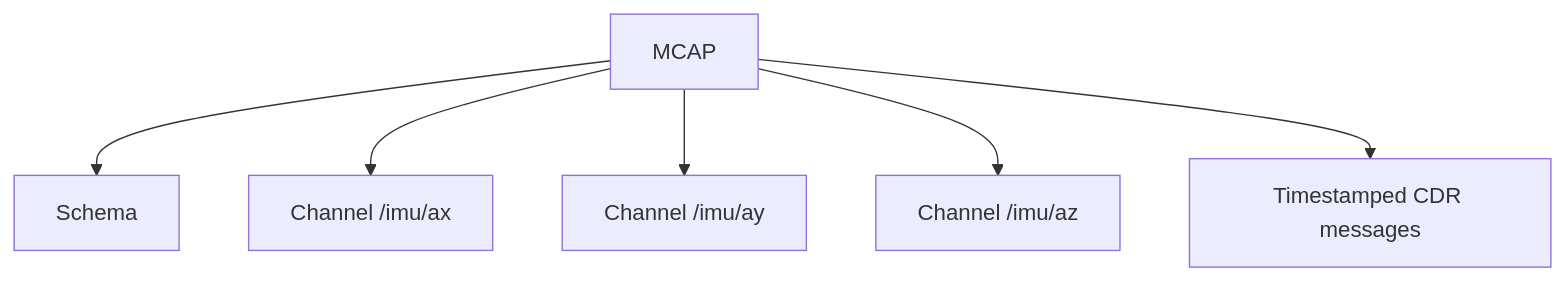
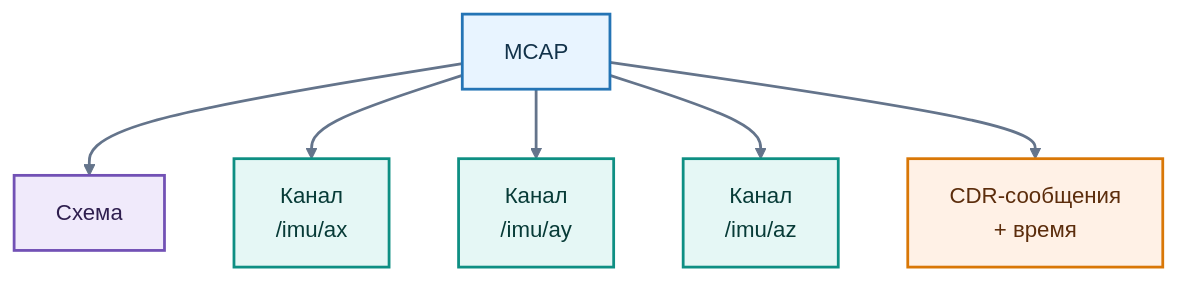
The seventh of 13 diagrams in 2026/lectures/lecture_03_robotics_iot_big_data.md (BosenkoTM/Big-data-processing-methods), drawn with Mermaid before and after one commit. The commit also changed other lines of this file, not shown here.

````diff
--- a/2026/lectures/lecture_03_robotics_iot_big_data.md
+++ b/2026/lectures/lecture_03_robotics_iot_big_data.md
@@ -459,8 +531,20 @@
 ```mermaid
 flowchart TD
-    M["MCAP"] --> S["Schema"]
-    M --> AX["Channel /imu/ax"]
-    M --> AY["Channel /imu/ay"]
-    M --> AZ["Channel /imu/az"]
-    M --> MSG["Timestamped CDR messages"]
+    M["MCAP"] --> S["Схема"]
+    M --> AX["Канал<br/>/imu/ax"]
+    M --> AY["Канал<br/>/imu/ay"]
+    M --> AZ["Канал<br/>/imu/az"]
+    M --> MSG["CDR-сообщения<br/>+ время"]
+
+    classDef root fill:#E8F4FF,stroke:#2474B5,color:#12324A,stroke-width:2px
+    classDef schema fill:#F0EAFB,stroke:#7251B5,color:#2F1F4F,stroke-width:2px
+    classDef channel fill:#E5F7F5,stroke:#0E8F83,color:#073B37,stroke-width:2px
+    classDef message fill:#FFF1E6,stroke:#D97706,color:#5C2D0C,stroke-width:2px
+
+    class M root
+    class S schema
+    class AX,AY,AZ channel
+    class MSG message
+
+    linkStyle default stroke:#64748B,stroke-width:2px
 ```
````
